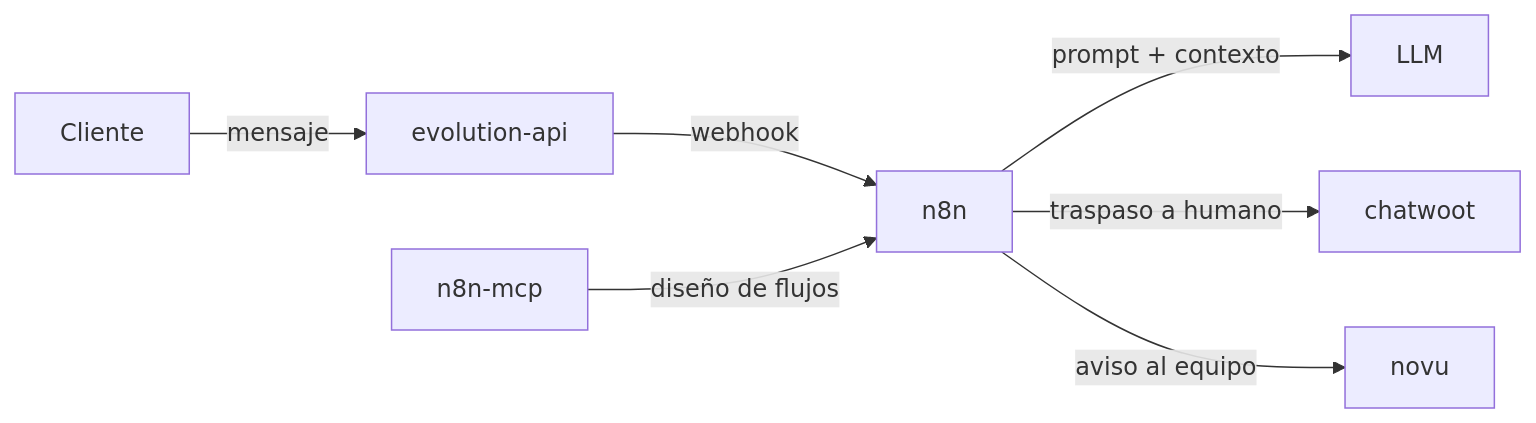
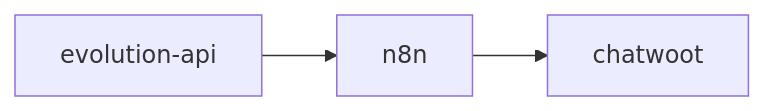
One commit to Cristrva1/BL_Alexandria changed the diagram in human/playbooks/bot-de-whatsapp-con-ia.md. Above: the diagram before and after it, drawn with Mermaid. The commit also changed other lines of this file and 46 other files, not shown here.

````diff
--- a/human/playbooks/bot-de-whatsapp-con-ia.md
+++ b/human/playbooks/bot-de-whatsapp-con-ia.md
@@ -9,9 +23,5 @@
 ```mermaid
 flowchart LR
-  Cliente["Cliente"] -->|mensaje| evolution_api["evolution-api"]
-  evolution_api["evolution-api"] -->|webhook| n8n["n8n"]
-  n8n["n8n"] -->|prompt + contexto| LLM["LLM"]
-  n8n["n8n"] -->|traspaso a humano| chatwoot["chatwoot"]
-  n8n["n8n"] -->|aviso al equipo| novu["novu"]
-  n8n_mcp["n8n-mcp"] -->|diseño de flujos| n8n["n8n"]
+  evolution_api["evolution-api"] --> n8n["n8n"]
+  n8n["n8n"] --> chatwoot["chatwoot"]
 ```
````
